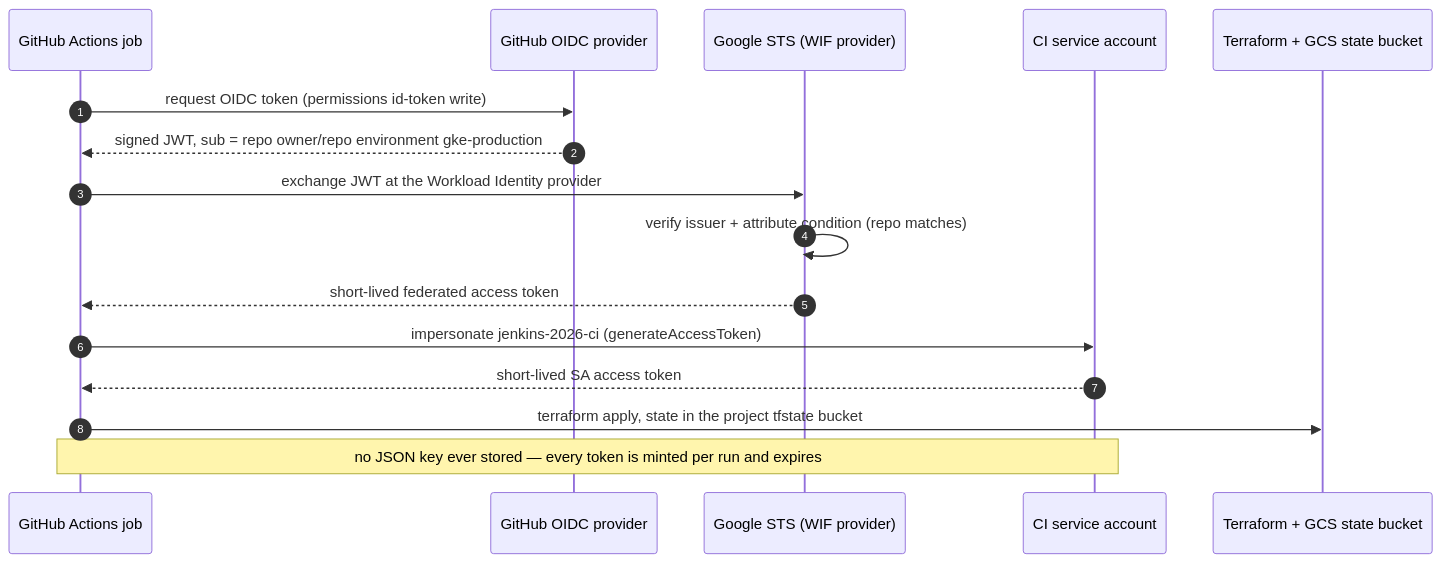
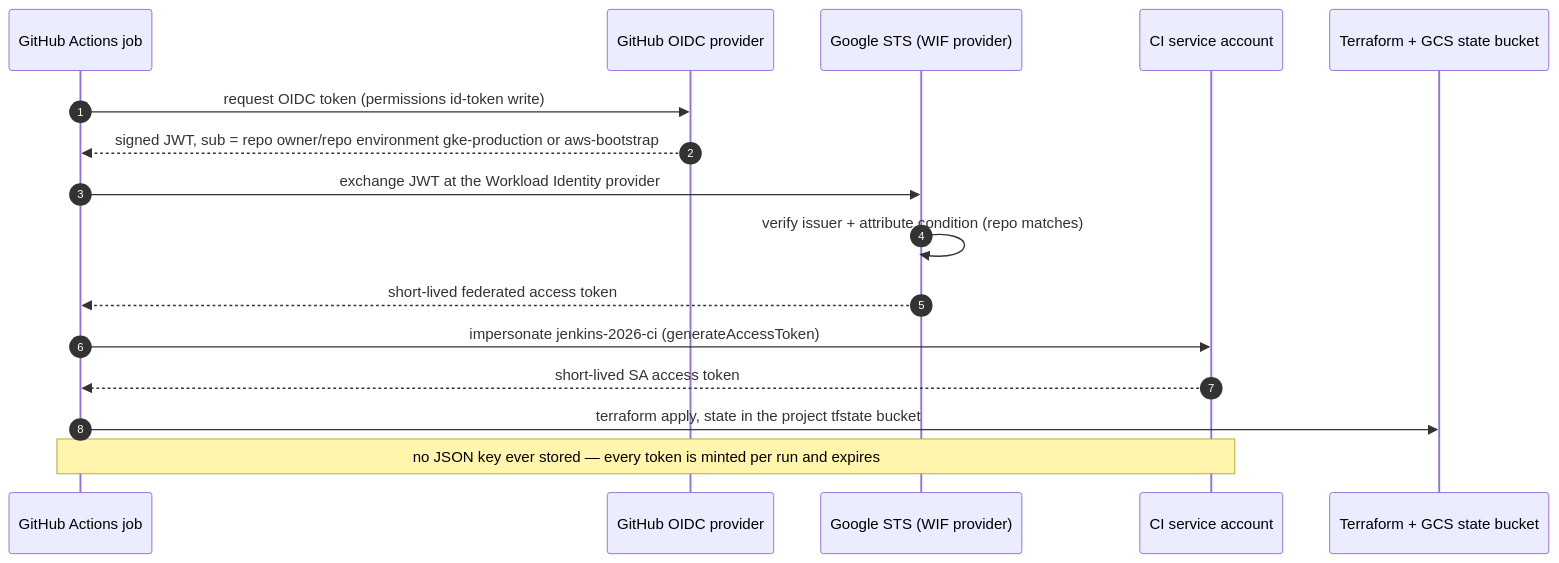
The second of 4 diagrams in docs/102-GITHUB_ACTIONS_AUTOMATION.md (nubenetes/jenkins-2026), drawn with Mermaid before and after one commit. The commit also changed other lines of this file and 3 other files, not shown here.

First line of the commit message:
docs(gha): align environment-protection diagrams + setup with the aws-bootstrap exception

````diff
--- a/docs/102-GITHUB_ACTIONS_AUTOMATION.md
+++ b/docs/102-GITHUB_ACTIONS_AUTOMATION.md
@@ -98,18 +98,18 @@
 ```mermaid
 sequenceDiagram
   autonumber
   participant W as GitHub Actions job
   participant GH as GitHub OIDC provider
   participant STS as Google STS (WIF provider)
   participant SA as CI service account
   participant TF as Terraform + GCS state bucket
   W->>GH: request OIDC token (permissions id-token write)
-  GH-->>W: signed JWT, sub = repo owner/repo environment gke-production
+  GH-->>W: signed JWT, sub = repo owner/repo environment gke-production or aws-bootstrap
   W->>STS: exchange JWT at the Workload Identity provider
   STS->>STS: verify issuer + attribute condition (repo matches)
   STS-->>W: short-lived federated access token
   W->>SA: impersonate jenkins-2026-ci (generateAccessToken)
   SA-->>W: short-lived SA access token
   W->>TF: terraform apply, state in the project tfstate bucket
   Note over W,SA: no JSON key ever stored — every token is minted per run and expires
 ```
````
